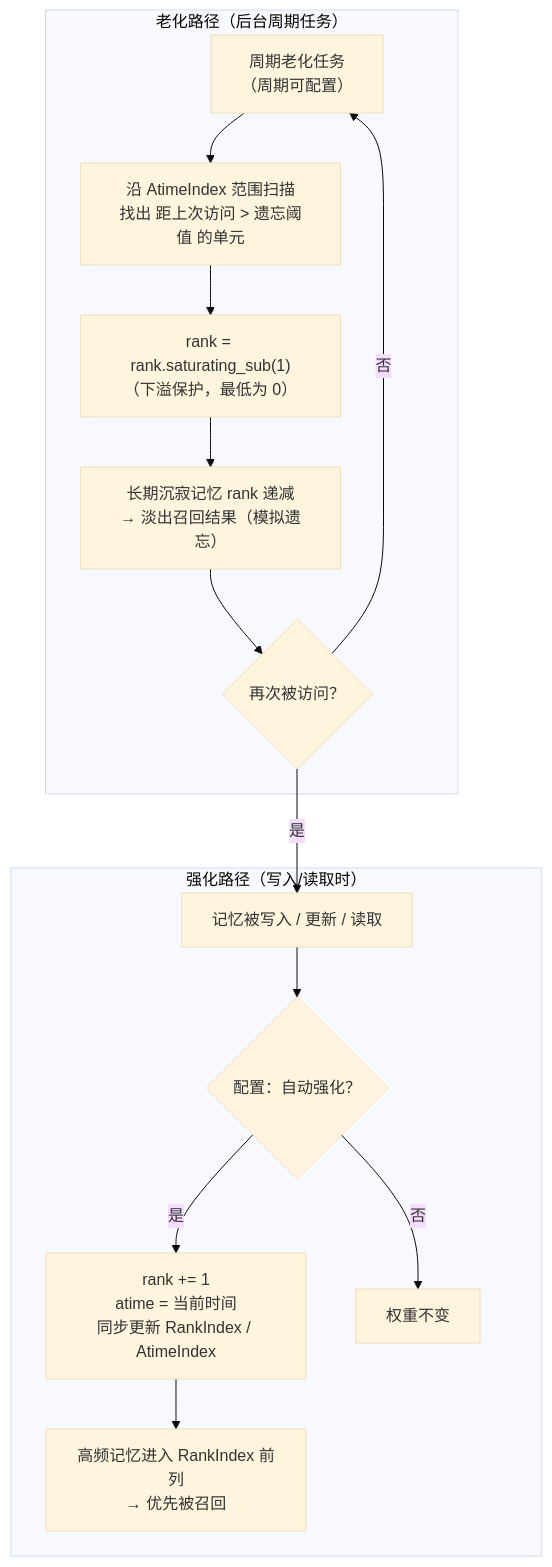
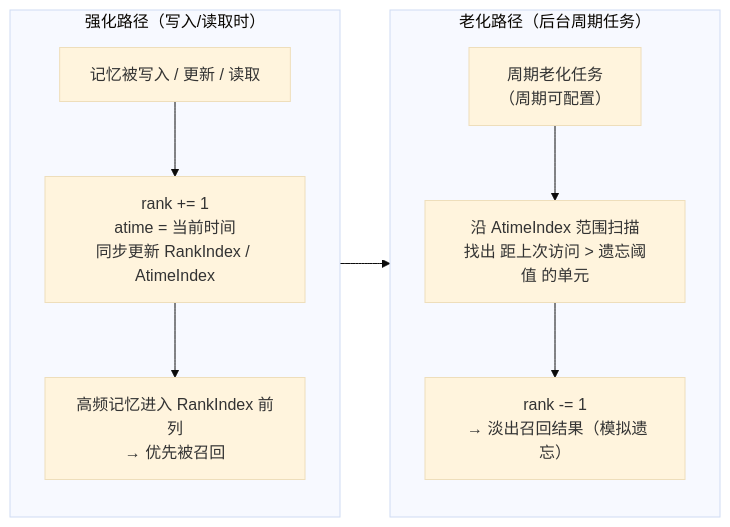
One commit to agentic-data-ops/bionic-graph changed the fourth of 11 diagrams in .reasonix/patent/一种AI智能体仿生记忆装置和召回方法.md. Above: the diagram before and after it, drawn with Mermaid (base theme). The commit also changed other lines of this file, not shown here.

````diff
--- a/.reasonix/patent/一种AI智能体仿生记忆装置和召回方法.md
+++ b/.reasonix/patent/一种AI智能体仿生记忆装置和召回方法.md
@@ -281,17 +280,12 @@
 ```mermaid
-flowchart TB
+flowchart LR
     subgraph W["强化路径（写入/读取时）"]
-        A["记忆被写入 / 更新 / 读取"] --> B{"配置：自动强化？"}
-        B -- "是" --> C["rank += 1<br/>atime = 当前时间<br/>同步更新 RankIndex / AtimeIndex"]
+        A["记忆被写入 / 更新 / 读取"] -->  C["rank += 1<br/>atime = 当前时间<br/>同步更新 RankIndex / AtimeIndex"]
         C --> D["高频记忆进入 RankIndex 前列<br/>→ 优先被召回"]
-        B -- "否" --> E["权重不变"]
     end
     subgraph A2["老化路径（后台周期任务）"]
         F["周期老化任务<br/>（周期可配置）"] --> G["沿 AtimeIndex 范围扫描<br/>找出 距上次访问 > 遗忘阈值 的单元"]
-        G --> H["rank = rank.saturating_sub(1)<br/>（下溢保护，最低为 0）"]
-        H --> I["长期沉寂记忆 rank 递减<br/>→ 淡出召回结果（模拟遗忘）"]
-        I --> J{"再次被访问？"}
-        J -- "是" --> A
-        J -- "否" --> F
+        G --> I["rank -= 1<br/> → 淡出召回结果（模拟遗忘）"]
     end
+    W --> A2
 ```
````
